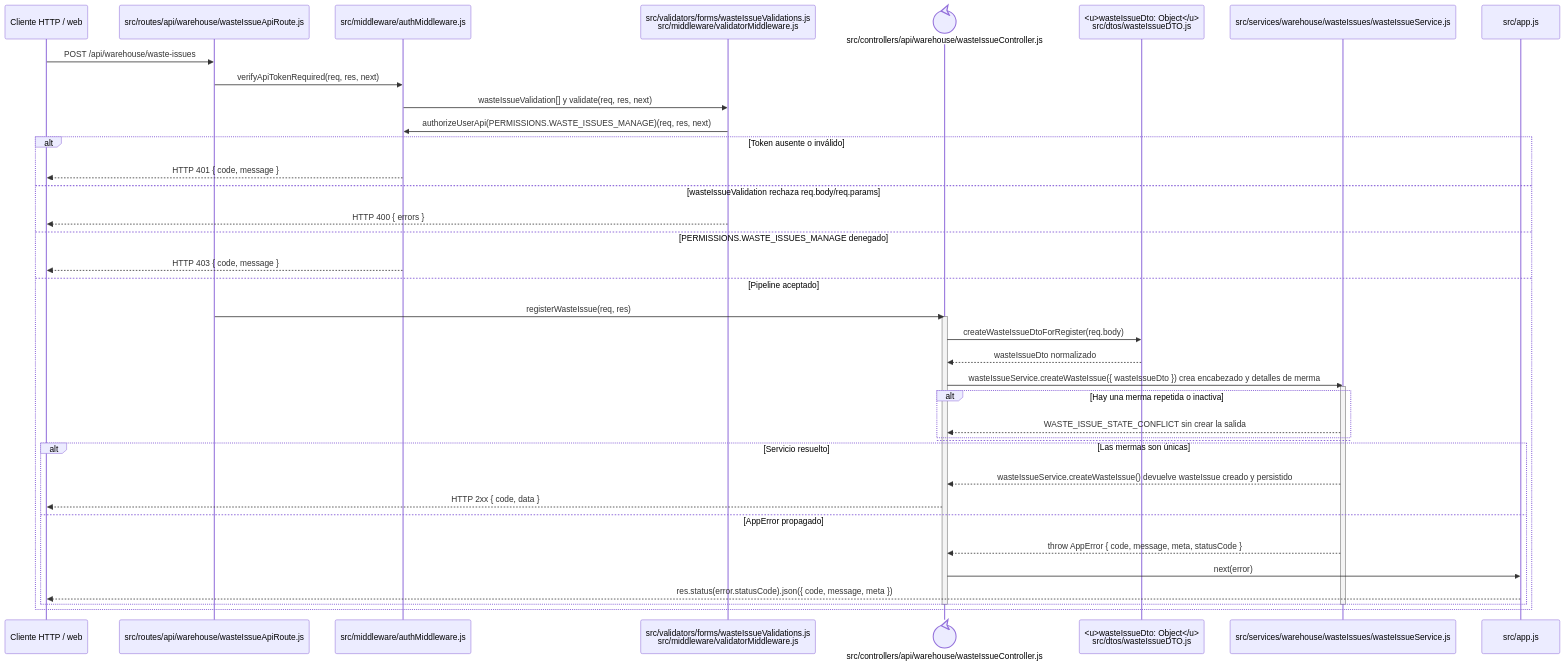
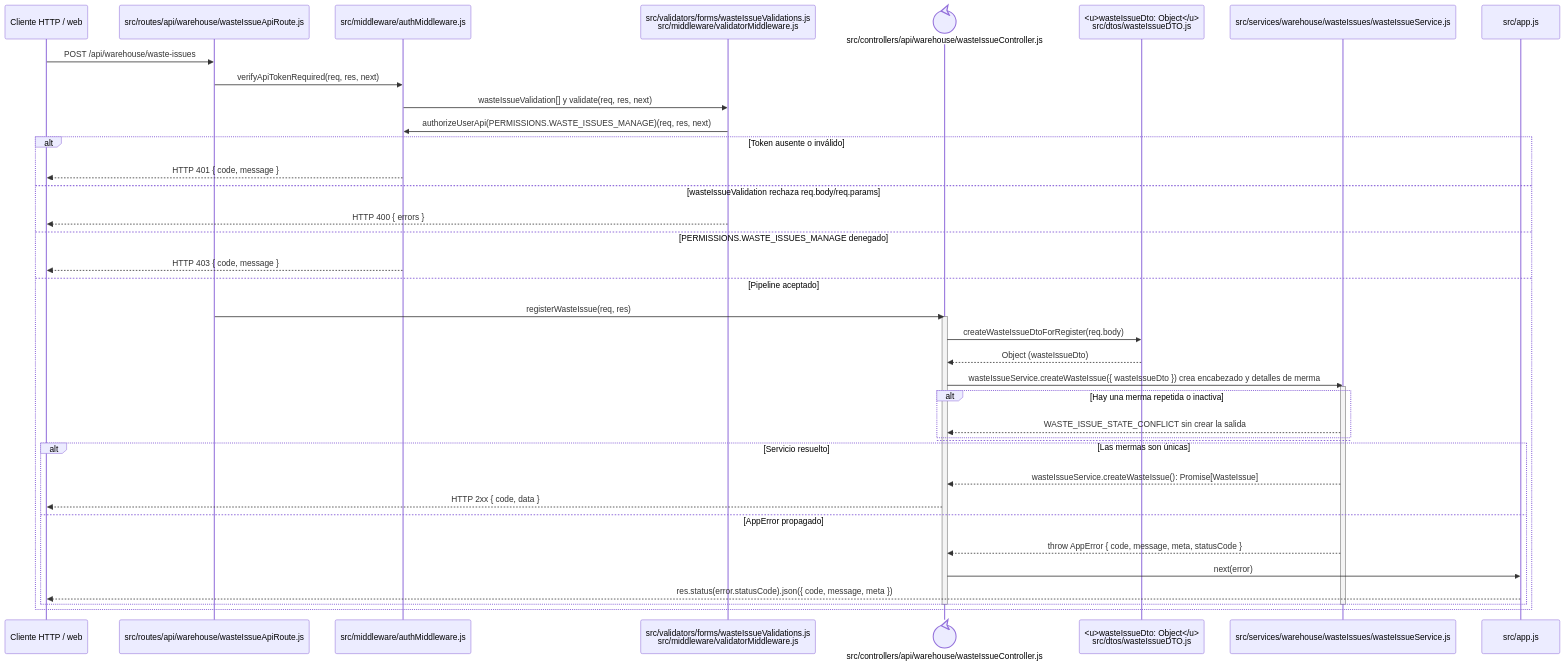
One commit to gpgsistemas01/nexus changed the diagram in docs/architecture/backend-code-sequences/issues/cu-sal-09.md. Above: the diagram before and after it, drawn with Mermaid. The commit also changed 146 other files, not shown here.

````diff
--- a/docs/architecture/backend-code-sequences/issues/cu-sal-09.md
+++ b/docs/architecture/backend-code-sequences/issues/cu-sal-09.md
@@ -6,44 +6,44 @@
 ```mermaid
 sequenceDiagram
     participant Client as Cliente HTTP / web
     participant Route as src/routes/api/warehouse/wasteIssueApiRoute.js
     participant Auth as src/middleware/authMiddleware.js
     participant Validator as src/validators/forms/wasteIssueValidations.js<br/>src/middleware/validatorMiddleware.js
     participant Controller@{ "type": "control" } as src/controllers/api/warehouse/wasteIssueController.js
     participant IssueDto as <u>wasteIssueDto: Object</u><br/>src/dtos/wasteIssueDTO.js
     participant Domain as src/services/warehouse/wasteIssues/wasteIssueService.js
     participant ErrorHandler as src/app.js
 
     Client->>Route: POST /api/warehouse/waste-issues
     Route->>Auth: verifyApiTokenRequired(req, res, next)
     Auth->>Validator: wasteIssueValidation[] y validate(req, res, next)
     Validator->>Auth: authorizeUserApi(PERMISSIONS.WASTE_ISSUES_MANAGE)(req, res, next)
     alt Token ausente o inválido
         Auth-->>Client: HTTP 401 { code, message }
     else wasteIssueValidation rechaza req.body/req.params
         Validator-->>Client: HTTP 400 { errors }
     else PERMISSIONS.WASTE_ISSUES_MANAGE denegado
         Auth-->>Client: HTTP 403 { code, message }
     else Pipeline aceptado
         Route->>Controller: registerWasteIssue(req, res)
         activate Controller
         Controller->>IssueDto: createWasteIssueDtoForRegister(req.body)
-        IssueDto-->>Controller: wasteIssueDto normalizado
+        IssueDto-->>Controller: Object (wasteIssueDto)
         Controller->>Domain: wasteIssueService.createWasteIssue({ wasteIssueDto }) crea encabezado y detalles de merma
         activate Domain
         alt Hay una merma repetida o inactiva
             Domain-->>Controller: WASTE_ISSUE_STATE_CONFLICT sin crear la salida
         else Las mermas son únicas
         end
         alt Servicio resuelto
-            Domain-->>Controller: wasteIssueService.createWasteIssue() devuelve wasteIssue creado y persistido
+            Domain-->>Controller: wasteIssueService.createWasteIssue(): Promise[WasteIssue]
             Controller-->>Client: HTTP 2xx { code, data }
         else AppError propagado
             Domain-->>Controller: throw AppError { code, message, meta, statusCode }
             Controller->>ErrorHandler: next(error)
             ErrorHandler-->>Client: res.status(error.statusCode).json({ code, message, meta })
         end
         deactivate Domain
         deactivate Controller
     end
 ```
````
